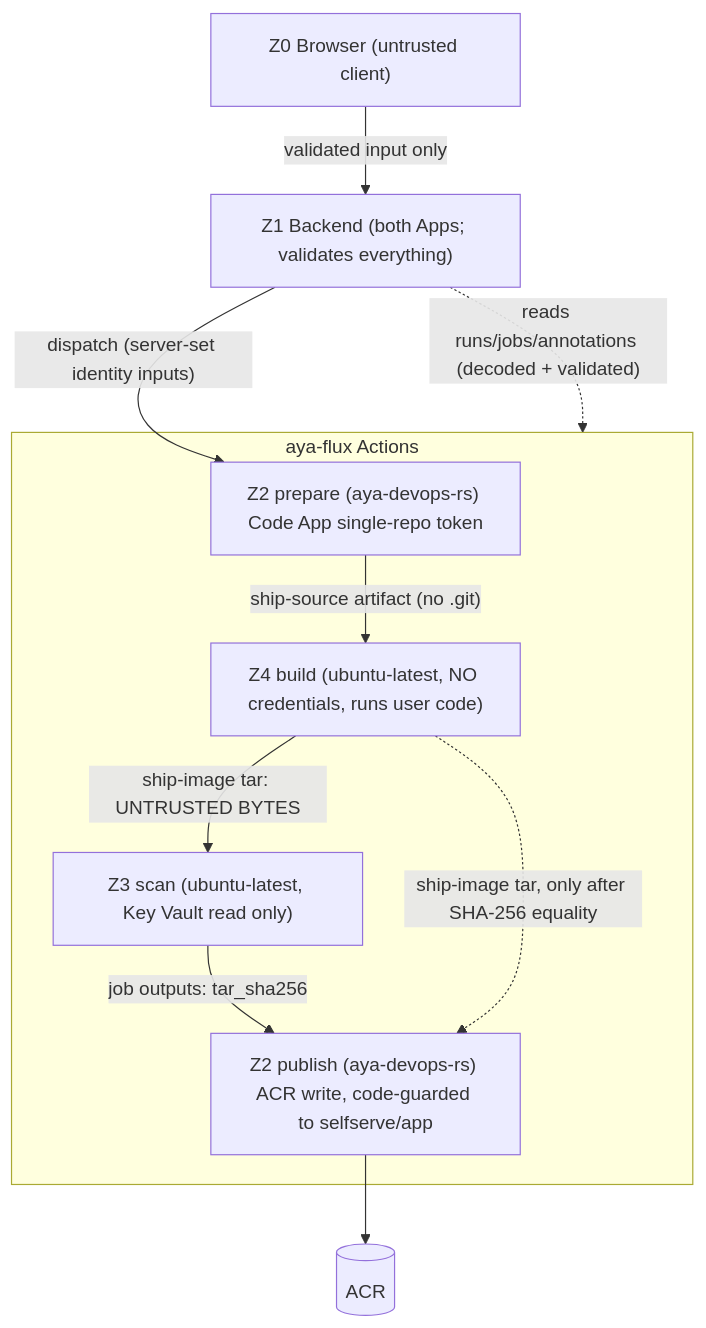
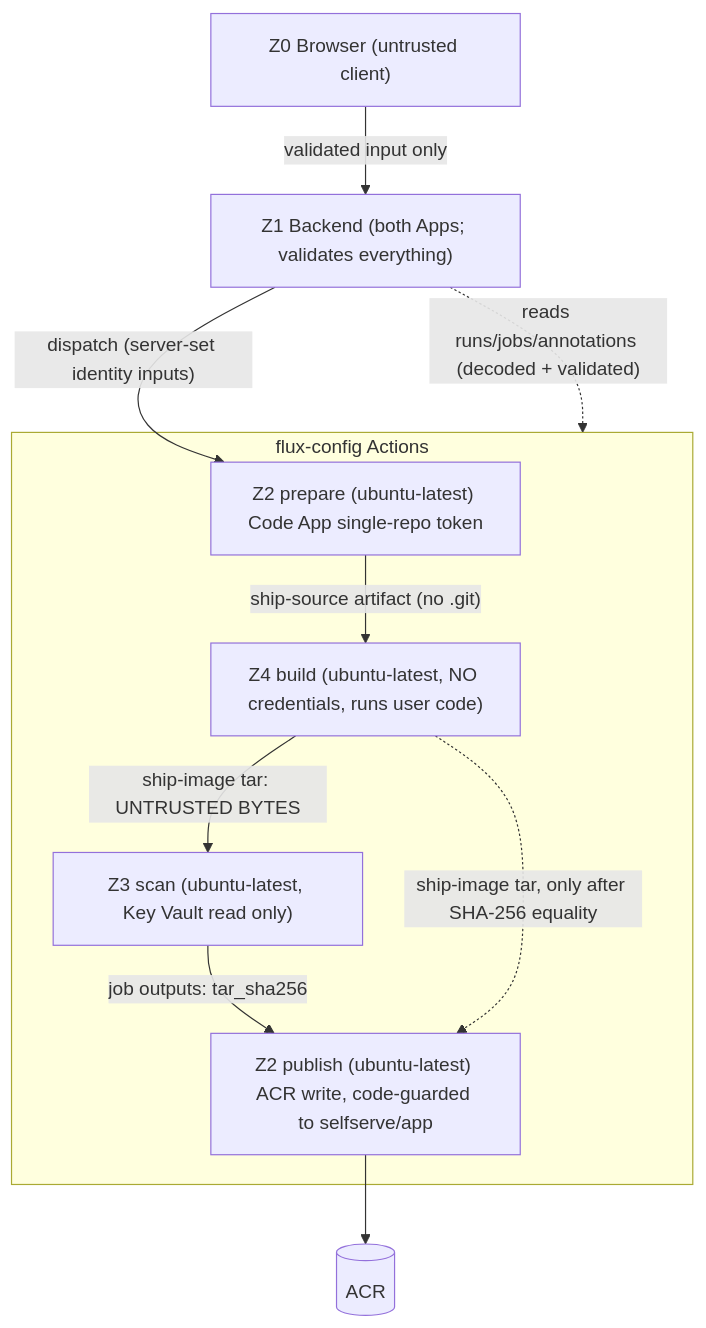
Before and after one commit to sushilti80/infra-devex: the diagram in docs/architecture/ship-from-repo-architecture.md, drawn with Mermaid. The commit also changed other lines of this file and 225 other files, not shown here.

````diff
--- a/docs/architecture/ship-from-repo-architecture.md
+++ b/docs/architecture/ship-from-repo-architecture.md
@@ -34,20 +34,20 @@
 ```mermaid
 flowchart TB
   Z0["Z0 Browser (untrusted client)"]
   Z1["Z1 Backend (both Apps; validates everything)"]
-  subgraph GH["aya-flux Actions"]
-    Z2a["Z2 prepare (aya-devops-rs) Code App single-repo token"]
+  subgraph GH["flux-config Actions"]
+    Z2a["Z2 prepare (ubuntu-latest) Code App single-repo token"]
     Z4["Z4 build (ubuntu-latest, NO credentials, runs user code)"]
     Z3["Z3 scan (ubuntu-latest, Key Vault read only)"]
-    Z2b["Z2 publish (aya-devops-rs) ACR write, code-guarded to selfserve/app"]
+    Z2b["Z2 publish (ubuntu-latest) ACR write, code-guarded to selfserve/app"]
   end
   ACR[("ACR")]
   Z0 -->|"validated input only"| Z1
   Z1 -->|"dispatch (server-set identity inputs)"| Z2a
   Z2a -->|"ship-source artifact (no .git)"| Z4
   Z4 -->|"ship-image tar: UNTRUSTED BYTES"| Z3
   Z3 -->|"job outputs: tar_sha256"| Z2b
   Z4 -.->|"ship-image tar, only after SHA-256 equality"| Z2b
   Z2b --> ACR
   Z1 -.->|"reads runs/jobs/annotations (decoded + validated)"| GH
 ```
````
